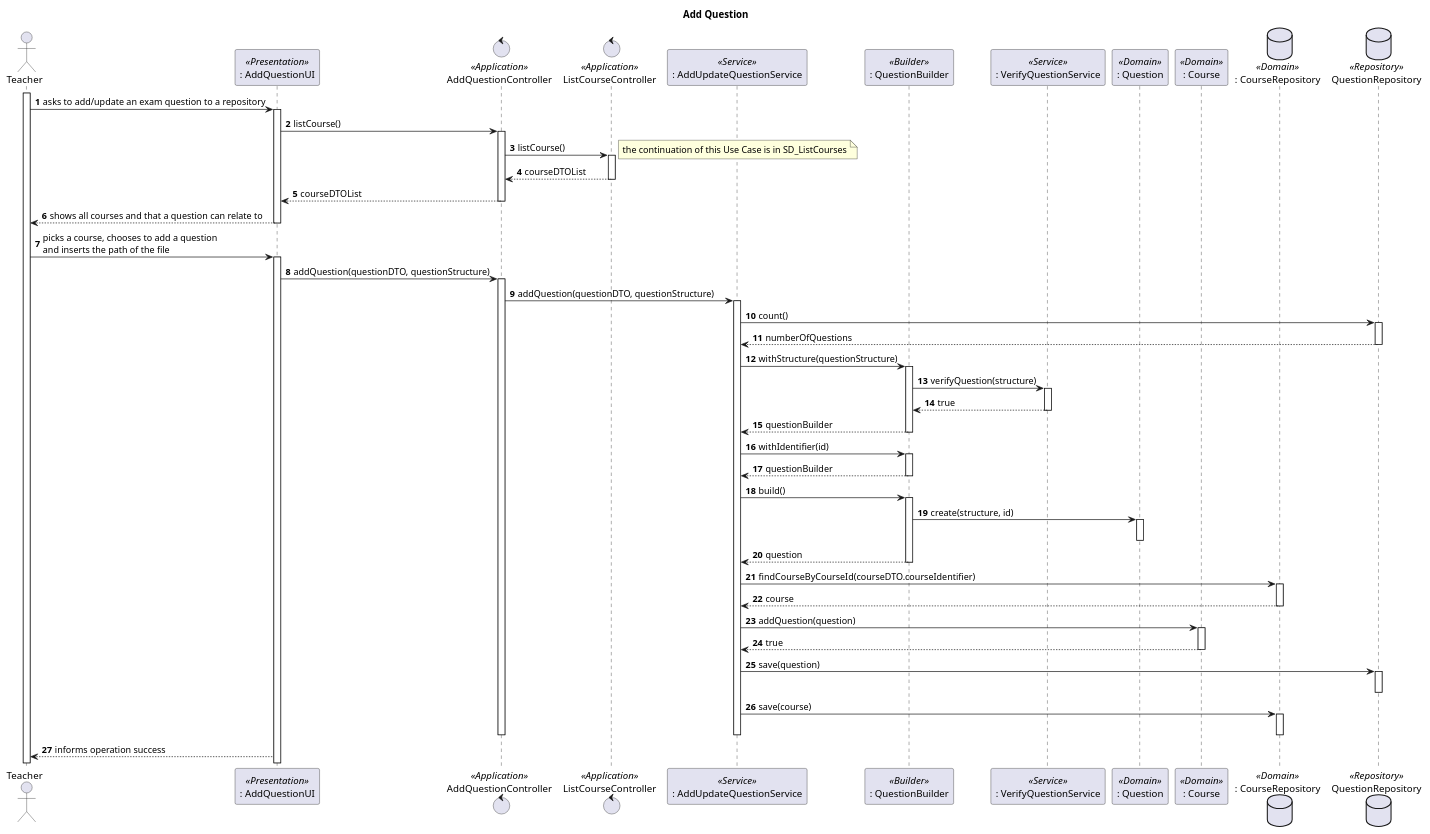
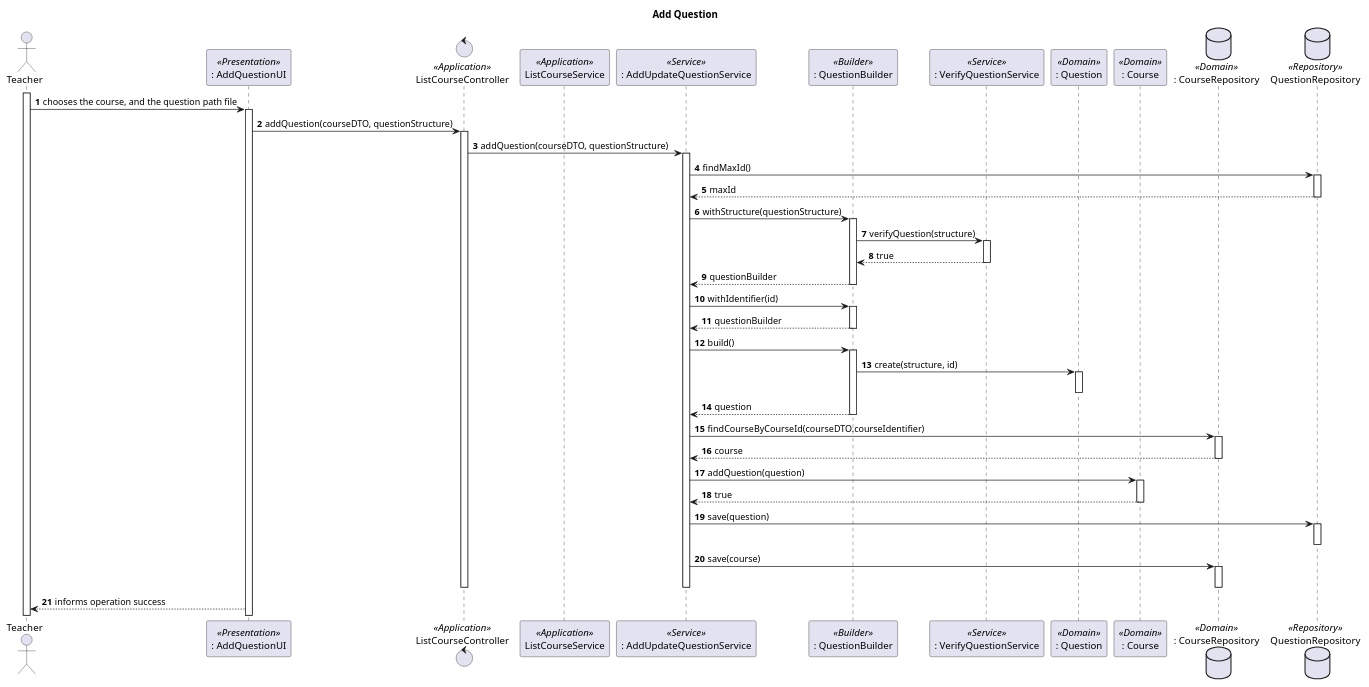
The diagram in docs/Sprint_B/us_2007/us_2007_SD_add.puml (Marco-Nobrega-Andrade/sem4pi_22_23), drawn with PlantUML before and after one commit. The commit also changed 2 other files, not shown here.

```diff
--- a/docs/Sprint_B/us_2007/us_2007_SD_add.puml
+++ b/docs/Sprint_B/us_2007/us_2007_SD_add.puml
@@ -1,90 +1,72 @@
 @startuml
 autonumber
 title Add Question
 
 actor "Teacher" as T
 
 participant ": AddQuestionUI" as UI <<Presentation>>
-control "AddQuestionController" as CTRL <<Application>>
-control "ListCourseController" as LCCTRL <<Application>>
+control "ListCourseController" as CTRL <<Application>>
+participant "ListCourseService" as LCS <<Application>>
 participant ": AddUpdateQuestionService" as AUQS <<Service>>
 participant ": QuestionBuilder" as QB <<Builder>>
 participant ": VerifyQuestionService" as VQS <<Service>>
 participant ": Question" as Q <<Domain>>
 participant ": Course" as C <<Domain>>
 database ": CourseRepository" as CR <<Domain>>
 database QuestionRepository as QR <<Repository>>
 
 activate T
-T -> UI : asks to add/update an exam question to a repository
+T -> UI : chooses the course, and the question path file
 activate UI
 
-
-UI -> CTRL : listCourse()
-activate CTRL
-CTRL->LCCTRL : listCourse()
-note right: the continuation of this Use Case is in SD_ListCourses
-activate LCCTRL
-LCCTRL --> CTRL : courseDTOList
-deactivate LCCTRL
-CTRL --> UI :courseDTOList
-deactivate CTRL
-
-
-UI --> T : shows all courses and that a question can relate to
-deactivate UI
-
-T -> UI : picks a course, chooses to add a question \rand inserts the path of the file
-activate UI
-
-UI -> CTRL : addQuestion(questionDTO, questionStructure)
+UI -> CTRL : addQuestion(courseDTO, questionStructure)
 activate CTRL
 
-CTRL -> AUQS : addQuestion(questionDTO, questionStructure)
+CTRL -> AUQS : addQuestion(courseDTO, questionStructure)
 activate AUQS
 
-AUQS -> QR : count()
+AUQS -> QR : findMaxId()
 activate QR
-QR --> AUQS : numberOfQuestions
+QR --> AUQS : maxId
 deactivate QR
 AUQS -> QB : withStructure(questionStructure)
 activate QB
 QB -> VQS : verifyQuestion(structure)
 activate VQS
 VQS --> QB : true
 deactivate VQS
 QB --> AUQS : questionBuilder
 deactivate QB
 AUQS -> QB : withIdentifier(id)
 activate QB
 QB --> AUQS : questionBuilder
 deactivate QB
 AUQS -> QB : build()
 activate QB
 
 QB -> Q : create(structure, id)
 activate Q
 
 deactivate Q
 QB --> AUQS : question
 deactivate QB
 AUQS -> CR : findCourseByCourseId(courseDTO.courseIdentifier)
 activate CR
 CR --> AUQS : course
 deactivate CR
 AUQS -> C : addQuestion(question)
 activate C
 C --> AUQS : true
 deactivate C
 AUQS -> QR : save(question)
 activate QR
 deactivate QR
 AUQS -> CR : save(course)
 activate CR
 deactivate CR
 deactivate AUQS
 deactivate CTRL
 
 UI--> T : informs operation success
 
 @enduml
```
